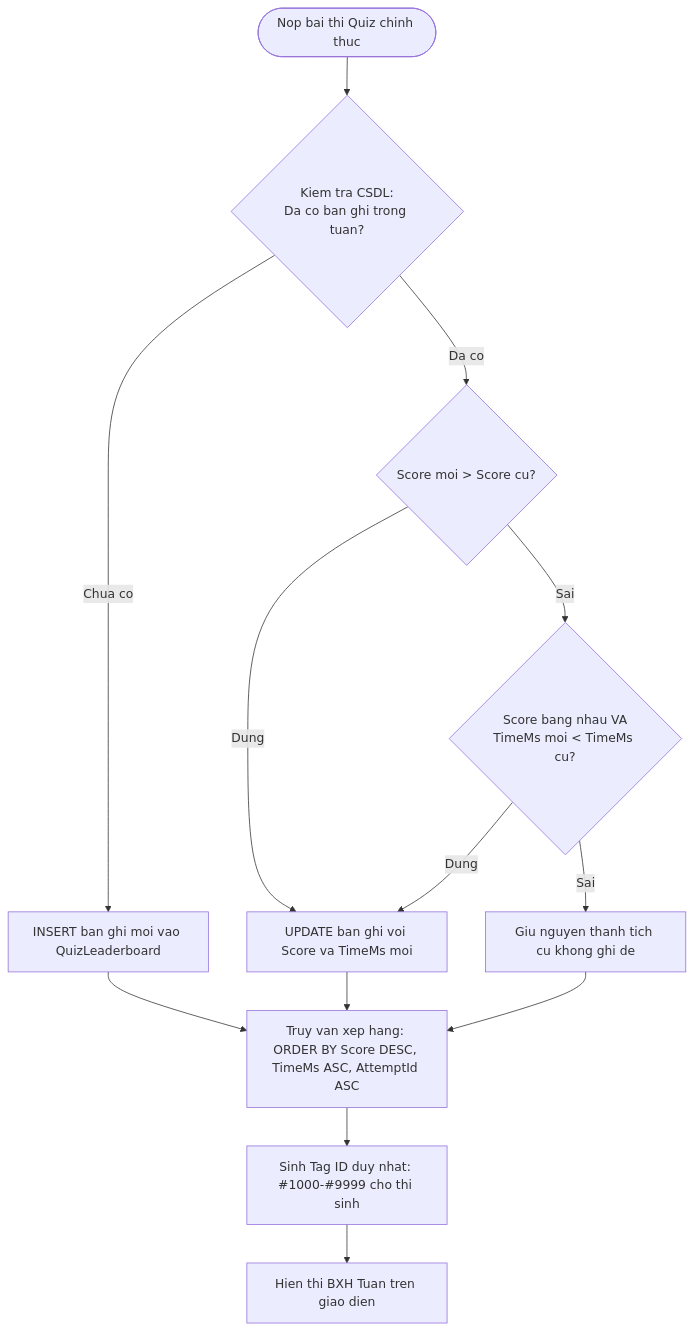
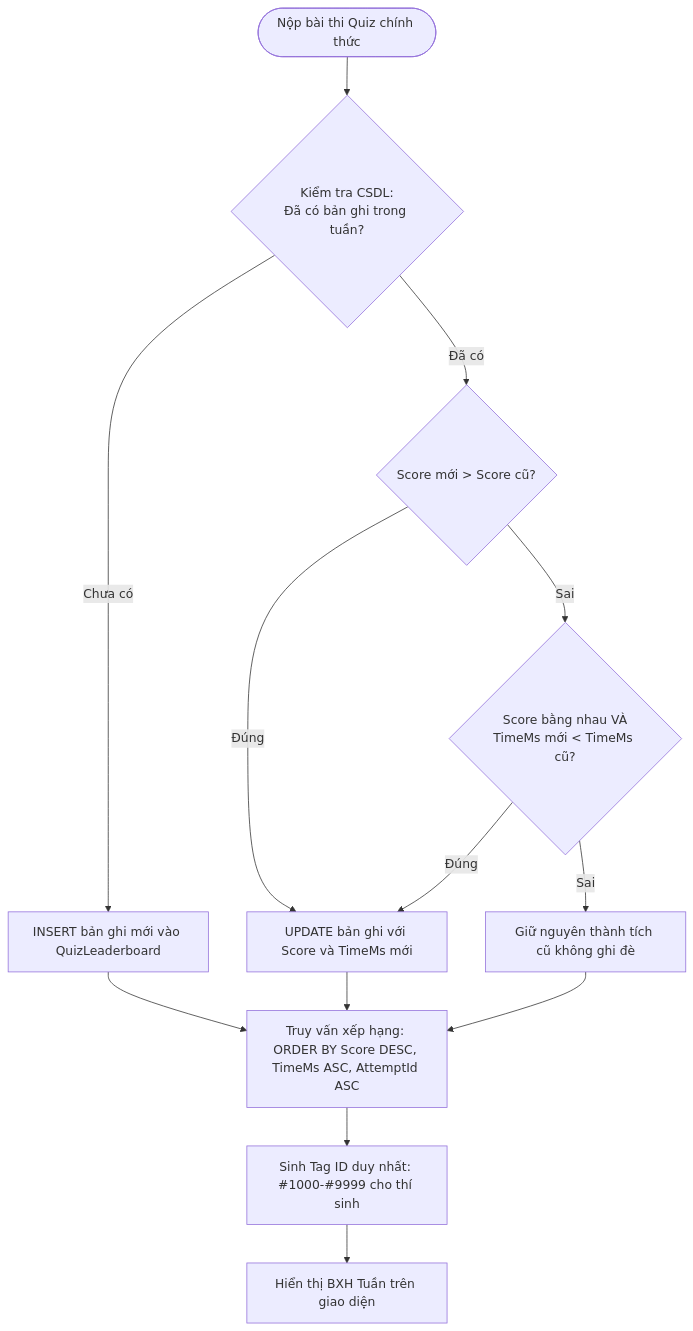
One commit to ZangKai2k3/dak-song-quest changed the fifth of 10 diagrams in MO_TA_HE_THONG.md. Above: the diagram before and after it, drawn with Mermaid. The commit also changed other lines of this file and 2 other files, not shown here.

Commit message:
docs: chuyen doi toan bo file md sang tieng Viet co dau chuan chinh, khong emoji

````diff
--- a/MO_TA_HE_THONG.md
+++ b/MO_TA_HE_THONG.md
@@ -429,15 +429,15 @@
 ```mermaid
 flowchart TD
-    StartE([Nop bai thi Quiz chinh thuc]) --> QueryExist{Kiem tra CSDL:\nDa co ban ghi trong tuan?}
-    QueryExist -- "Chua co" --> InsertNew[INSERT ban ghi moi vao QuizLeaderboard]
-    QueryExist -- "Da co" --> CompareScore{Score moi > Score cu?}
-    CompareScore -- "Dung" --> UpdateRecord[UPDATE ban ghi voi Score va TimeMs moi]
-    CompareScore -- "Sai" --> CompareTime{Score bang nhau VA\nTimeMs moi < TimeMs cu?}
-    CompareTime -- "Dung" --> UpdateRecord
-    CompareTime -- "Sai" --> IgnoreRecord[Giu nguyen thanh tich cu khong ghi de]
-    InsertNew --> SortQuery[Truy van xep hang: ORDER BY Score DESC, TimeMs ASC, AttemptId ASC]
+    StartE(["Nộp bài thi Quiz chính thức"]) --> QueryExist{"Kiểm tra CSDL:\nĐã có bản ghi trong tuần?"}
+    QueryExist -- "Chưa có" --> InsertNew["INSERT bản ghi mới vào QuizLeaderboard"]
+    QueryExist -- "Đã có" --> CompareScore{"Score mới > Score cũ?"}
+    CompareScore -- "Đúng" --> UpdateRecord["UPDATE bản ghi với Score và TimeMs mới"]
+    CompareScore -- "Sai" --> CompareTime{"Score bằng nhau VÀ\nTimeMs mới < TimeMs cũ?"}
+    CompareTime -- "Đúng" --> UpdateRecord
+    CompareTime -- "Sai" --> IgnoreRecord["Giữ nguyên thành tích cũ không ghi đè"]
+    InsertNew --> SortQuery["Truy vấn xếp hạng: ORDER BY Score DESC, TimeMs ASC, AttemptId ASC"]
     UpdateRecord --> SortQuery
     IgnoreRecord --> SortQuery
-    SortQuery --> GenerateTag[Sinh Tag ID duy nhat: #1000-#9999 cho thi sinh]
-    GenerateTag --> RenderLeaderboard[Hien thi BXH Tuan tren giao dien]
+    SortQuery --> GenerateTag["Sinh Tag ID duy nhất: #1000-#9999 cho thí sinh"]
+    GenerateTag --> RenderLeaderboard["Hiển thị BXH Tuần trên giao diện"]
 ```
````
